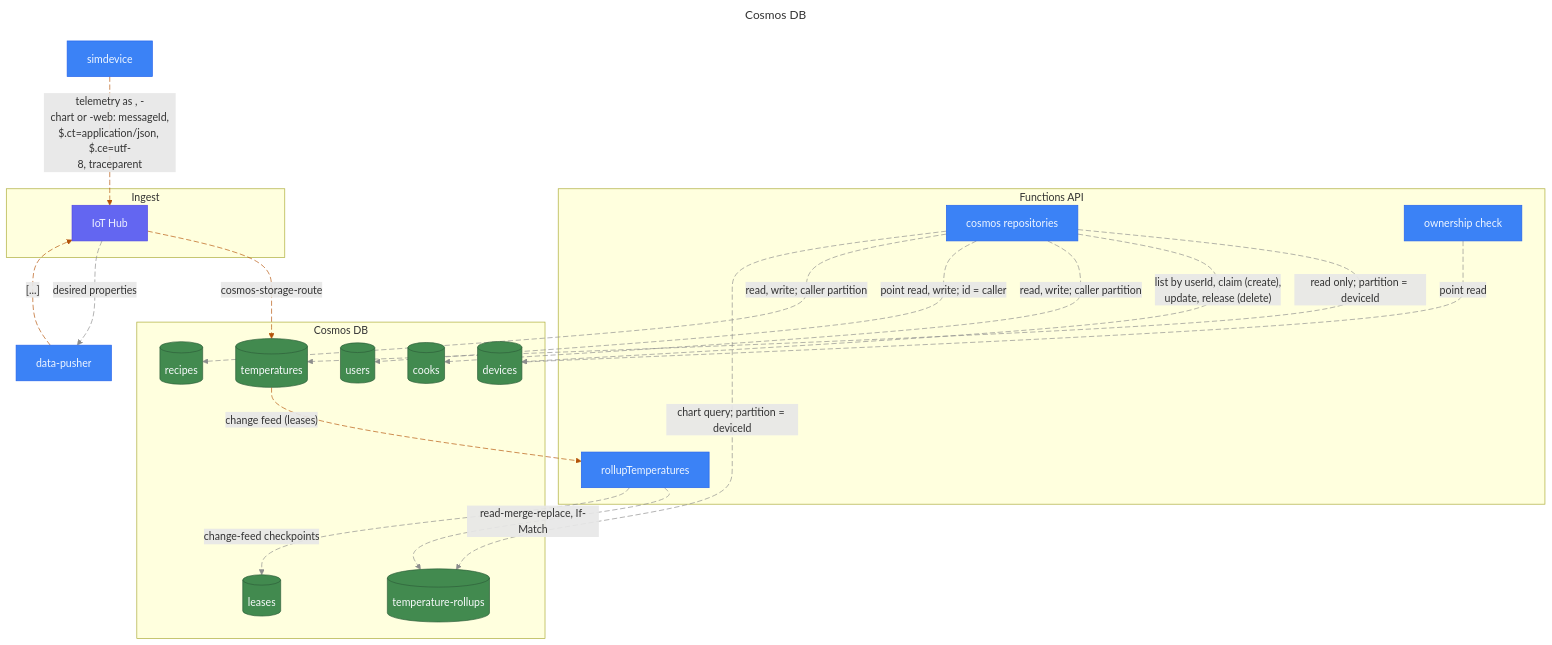
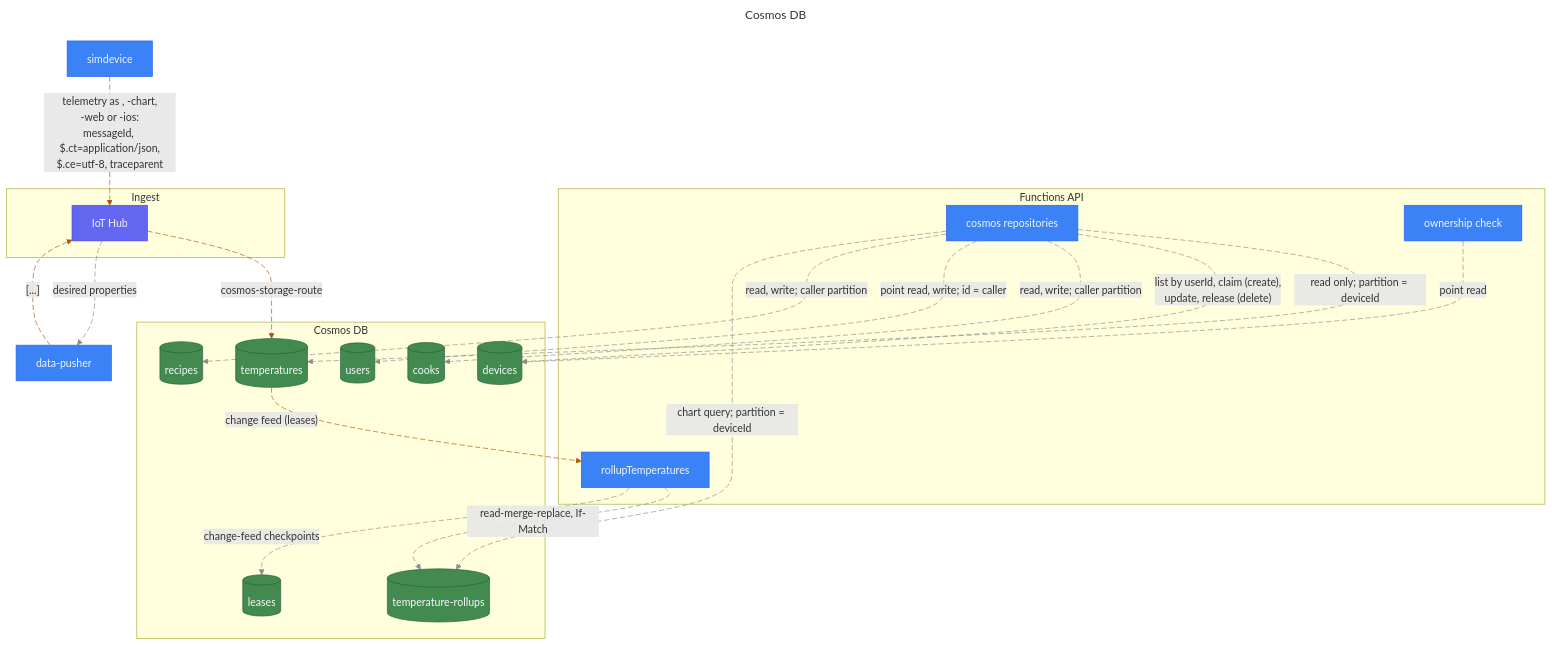
One commit to stevebargelt/meatgeekv2 changed the sixth of 20 diagrams in docs/architecture/diagrams.md. Above: the diagram before and after it, drawn with Mermaid. The commit also changed other lines of this file and 15 other files, not shown here.

````diff
--- a/docs/architecture/diagrams.md
+++ b/docs/architecture/diagrams.md
@@ -578,51 +589,51 @@
 ```mermaid
 ---
 title: "Cosmos DB"
 ---
 graph TB
   subgraph MeatgeekCloudApi["`Functions API`"]
     MeatgeekCloudApi.Repos@{ shape: rectangle, label: "cosmos repositories" }
     MeatgeekCloudApi.Ownership@{ shape: rectangle, label: "ownership check" }
     MeatgeekCloudApi.Rollup@{ shape: rectangle, label: "rollupTemperatures" }
   end
   DeliverySimdevice@{ shape: rectangle, label: "simdevice" }
   subgraph MeatgeekCloudIngest["`Ingest`"]
     MeatgeekCloudIngest.Iothub@{ shape: rectangle, label: "IoT Hub" }
   end
   subgraph MeatgeekCloudData["`Cosmos DB`"]
     MeatgeekCloudData.Temperatures@{ shape: cylinder, label: "temperatures" }
     MeatgeekCloudData.Devices@{ shape: cylinder, label: "devices" }
     MeatgeekCloudData.Cooks@{ shape: cylinder, label: "cooks" }
     MeatgeekCloudData.Users@{ shape: cylinder, label: "users" }
     MeatgeekCloudData.Recipes@{ shape: cylinder, label: "recipes" }
     MeatgeekCloudData.TemperatureRollups@{ shape: cylinder, label: "temperature-rollups" }
     MeatgeekCloudData.Leases@{ shape: cylinder, label: "leases" }
   end
   MeatgeekEdgePusher@{ shape: rectangle, label: "data-pusher" }
   MeatgeekCloudApi.Repos -. "`read only; partition = deviceId`" .-> MeatgeekCloudData.Temperatures
   MeatgeekCloudApi.Repos -. "`list by userId, claim (create),
 update, release (delete)`" .-> MeatgeekCloudData.Devices
   MeatgeekCloudApi.Repos -. "`read, write; caller partition`" .-> MeatgeekCloudData.Cooks
   MeatgeekCloudApi.Repos -. "`point read, write; id = caller`" .-> MeatgeekCloudData.Users
   MeatgeekCloudApi.Repos -. "`read, write; caller partition`" .-> MeatgeekCloudData.Recipes
   MeatgeekCloudApi.Repos -. "`chart query; partition = deviceId`" .-> MeatgeekCloudData.TemperatureRollups
   MeatgeekCloudApi.Ownership -. "`point read`" .-> MeatgeekCloudData.Devices
   MeatgeekCloudIngest.Iothub -. "`cosmos-storage-route`" .-> MeatgeekCloudData.Temperatures
   MeatgeekCloudData.Temperatures -. "`change feed (leases)`" .-> MeatgeekCloudApi.Rollup
   MeatgeekCloudApi.Rollup -. "`read-merge-replace, If-Match`" .-> MeatgeekCloudData.TemperatureRollups
   MeatgeekCloudApi.Rollup -. "`change-feed checkpoints`" .-> MeatgeekCloudData.Leases
   MeatgeekCloudIngest.Iothub -. "`desired properties`" .-> MeatgeekEdgePusher
   MeatgeekEdgePusher -. "`[...]`" .-> MeatgeekCloudIngest.Iothub
-  DeliverySimdevice -. "`telemetry as <sim>, <sim>-
-chart or <sim>-web: messageId,
-$.ct=application/json, $.ce=utf-
-8, traceparent`" .-> MeatgeekCloudIngest.Iothub
+  DeliverySimdevice -. "`telemetry as <sim>, <sim>-chart,
+<sim>-web or <sim>-ios:
+messageId, $.ct=application/json,
+$.ce=utf-8, traceparent`" .-> MeatgeekCloudIngest.Iothub
   classDef primary fill:#3b82f6,stroke:#2563eb,color:#eff6ff
   class DeliverySimdevice,MeatgeekCloudApi.Repos,MeatgeekCloudApi.Ownership,MeatgeekEdgePusher,MeatgeekCloudApi.Rollup primary
   classDef indigo fill:#6366f1,stroke:#4f46e5,color:#eef2ff
   class MeatgeekCloudIngest.Iothub indigo
   classDef green fill:#428a4f,stroke:#2d5d39,color:#f8fafc
   class MeatgeekCloudData.Temperatures,MeatgeekCloudData.Devices,MeatgeekCloudData.Cooks,MeatgeekCloudData.Users,MeatgeekCloudData.Recipes,MeatgeekCloudData.TemperatureRollups,MeatgeekCloudData.Leases green
   linkStyle 0,1,2,3,4,5,6,9,10,11 stroke:#8D8D8D,stroke-dasharray:8 4
   linkStyle 7,8,12,13 stroke:#b45309,stroke-dasharray:8 4
 ```
````
